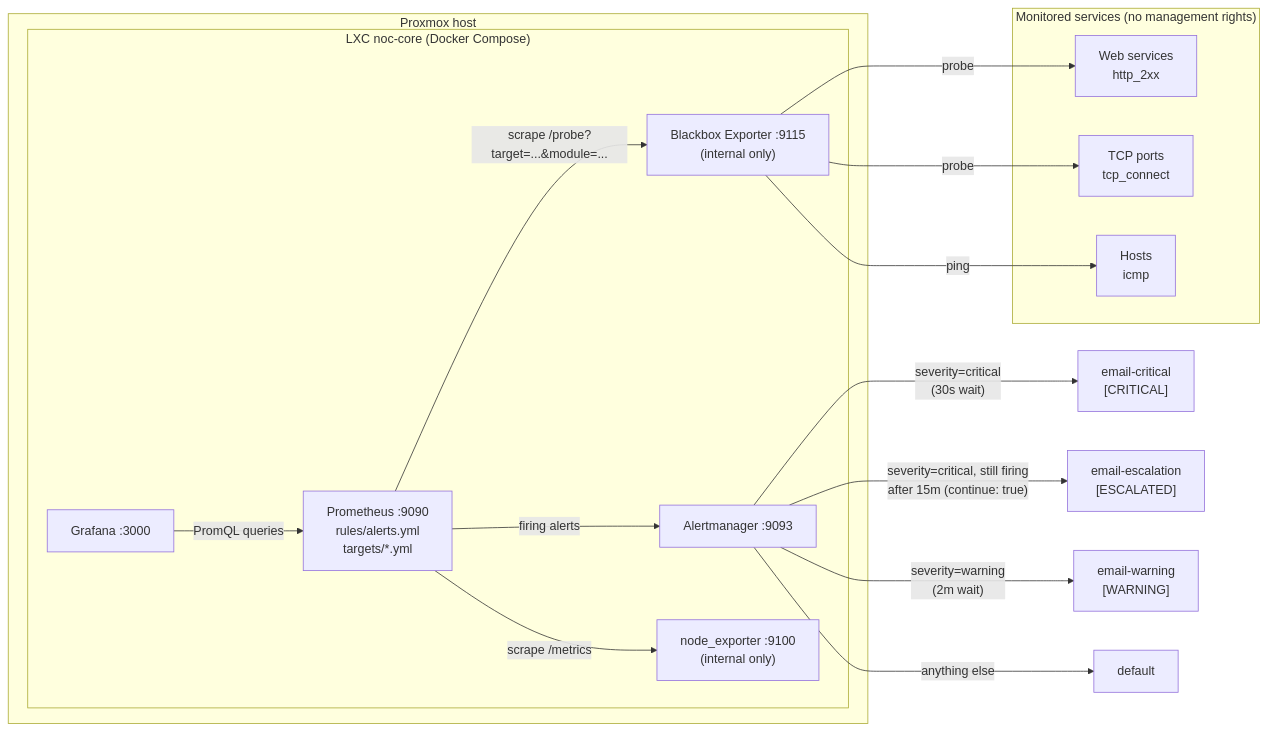
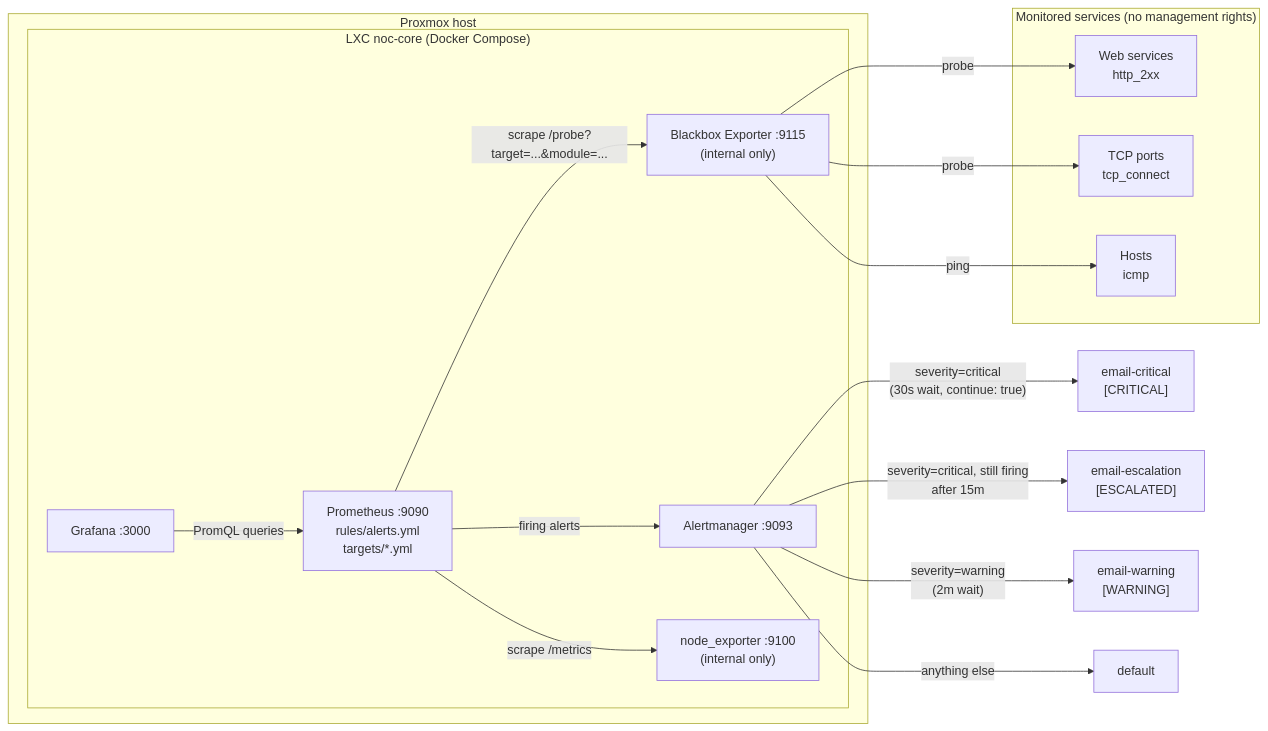
The diagram in README.md (Jschacht06/monitoring), drawn with Mermaid before and after one commit. The commit also changed other lines of this file and 6 other files, not shown here.

````diff
--- a/README.md
+++ b/README.md
@@ -9,31 +9,31 @@
 ```mermaid
 flowchart LR
     subgraph proxmox["Proxmox host"]
         subgraph noc["LXC noc-core (Docker Compose)"]
             prom["Prometheus :9090<br/>rules/alerts.yml<br/>targets/*.yml"]
             graf["Grafana :3000"]
             bb["Blackbox Exporter :9115<br/>(internal only)"]
             am["Alertmanager :9093"]
             ne["node_exporter :9100<br/>(internal only)"]
         end
     end
 
     subgraph targets["Monitored services (no management rights)"]
         web["Web services<br/>http_2xx"]
         tcp["TCP ports<br/>tcp_connect"]
         icmp["Hosts<br/>icmp"]
     end
 
     graf -- "PromQL queries" --> prom
     prom -- "scrape /probe?target=...&module=..." --> bb
     prom -- "scrape /metrics" --> ne
     bb -- "probe" --> web
     bb -- "probe" --> tcp
     bb -- "ping" --> icmp
     prom -- "firing alerts" --> am
 
-    am -- "severity=critical<br/>(30s wait)" --> crit["email-critical<br/>[CRITICAL]"]
-    am -- "severity=critical, still firing<br/>after 15m (continue: true)" --> esc["email-escalation<br/>[ESCALATED]"]
+    am -- "severity=critical<br/>(30s wait, continue: true)" --> crit["email-critical<br/>[CRITICAL]"]
+    am -- "severity=critical, still firing<br/>after 15m" --> esc["email-escalation<br/>[ESCALATED]"]
     am -- "severity=warning<br/>(2m wait)" --> warn["email-warning<br/>[WARNING]"]
     am -- "anything else" --> def["default"]
 ```
````
